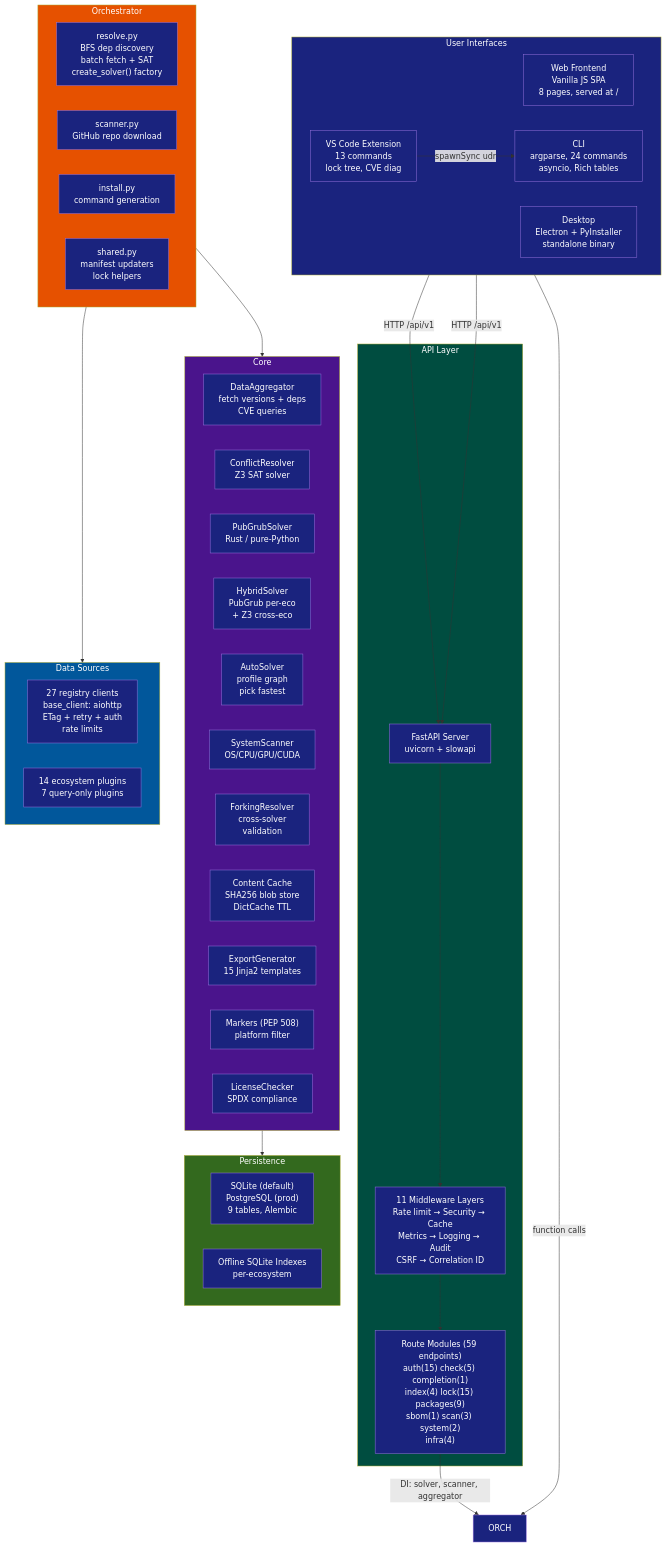
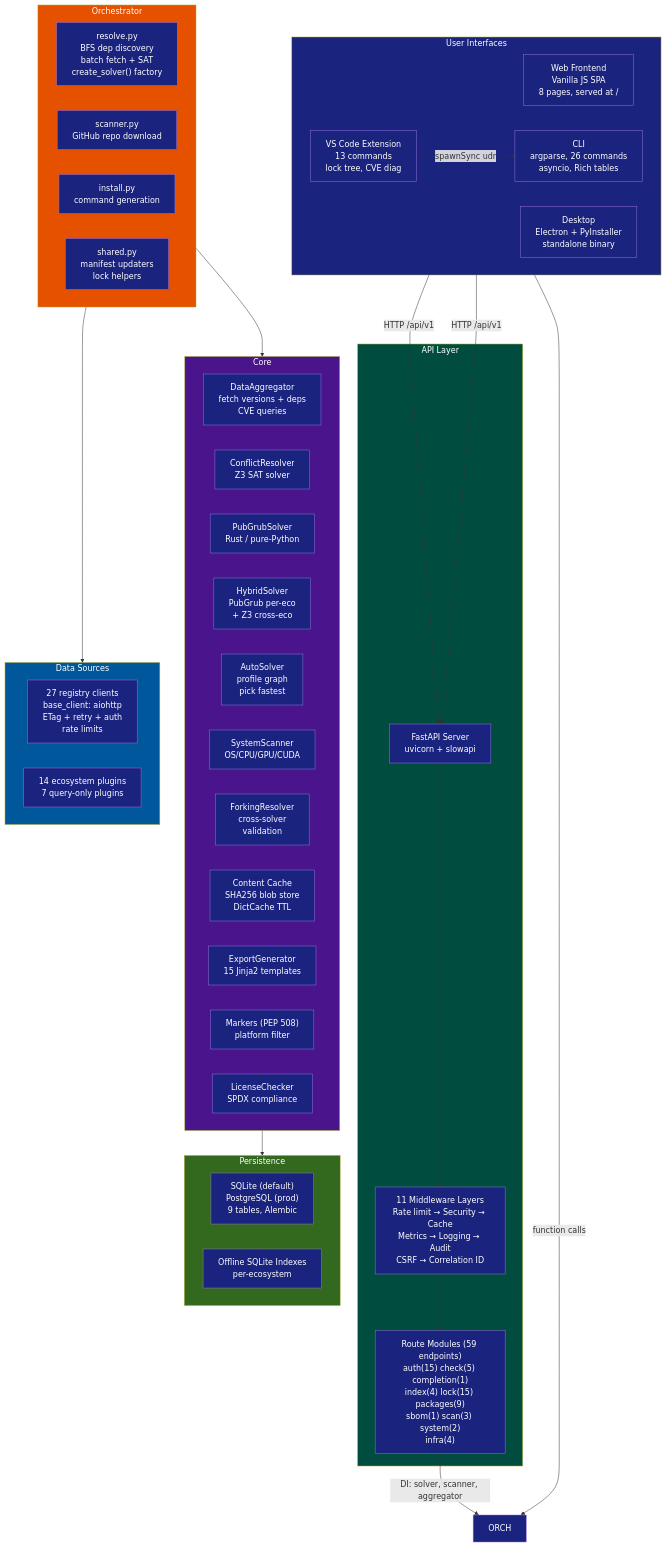
Before and after one commit to code-with-zeeshan/universal-dependency-resolver: the first of 3 diagrams in docs/ARCHITECTURE.md, drawn with Mermaid. The commit also changed 23 other files, not shown here.

````diff
--- a/docs/ARCHITECTURE.md
+++ b/docs/ARCHITECTURE.md
@@ -5,72 +5,72 @@
 ```mermaid
 flowchart TD
     subgraph UI["User Interfaces"]
         direction LR
         FE["Web Frontend<br/>Vanilla JS SPA<br/>8 pages, served at /"]
         VSC["VS Code Extension<br/>13 commands<br/>lock tree, CVE diag"]
-        CLI["CLI<br/>argparse, 24 commands<br/>asyncio, Rich tables"]
+        CLI["CLI<br/>argparse, 26 commands<br/>asyncio, Rich tables"]
         DESKTOP["Desktop<br/>Electron + PyInstaller<br/>standalone binary"]
     end
 
     FE -->|HTTP /api/v1| API
     VSC -->|spawnSync udr| CLI
     DESKTOP -->|HTTP /api/v1| API
 
     CLI -->|function calls| ORCH
 
     subgraph API_LAYER["API Layer"]
         API["FastAPI Server<br/>uvicorn + slowapi"]
         ROUTES["Route Modules (59 endpoints)<br/>auth(15) check(5) completion(1)<br/>index(4) lock(15) packages(9)<br/>sbom(1) scan(3) system(2)<br/>infra(4)"]
         MW["11 Middleware Layers<br/>Rate limit → Security → Cache<br/>Metrics → Logging → Audit<br/>CSRF → Correlation ID"]
     end
 
     API --> MW --> ROUTES
     ROUTES -->|DI: solver, scanner, aggregator| ORCH
 
     subgraph ORCH_LAYER["Orchestrator"]
         RESOLVE["resolve.py<br/>BFS dep discovery<br/>batch fetch + SAT<br/>create_solver() factory"]
         SCANNER["scanner.py<br/>GitHub repo download"]
         INSTALL["install.py<br/>command generation"]
         SHARED["shared.py<br/>manifest updaters<br/>lock helpers"]
     end
 
     ORCH_LAYER --> CORE_LAYER
     ORCH_LAYER --> DS
 
     subgraph CORE_LAYER["Core"]
         direction LR
         AGGR["DataAggregator<br/>fetch versions + deps<br/>CVE queries"]
         Z3["ConflictResolver<br/>Z3 SAT solver"]
         PG["PubGrubSolver<br/>Rust / pure-Python"]
         HS["HybridSolver<br/>PubGrub per-eco<br/>+ Z3 cross-eco"]
         AS["AutoSolver<br/>profile graph<br/>pick fastest"]
         SS["SystemScanner<br/>OS/CPU/GPU/CUDA"]
         FR["ForkingResolver<br/>cross-solver<br/>validation"]
         CACHE["Content Cache<br/>SHA256 blob store<br/>DictCache TTL"]
         EXPORT["ExportGenerator<br/>15 Jinja2 templates"]
         MARKERS["Markers (PEP 508)<br/>platform filter"]
         LICENSE["LicenseChecker<br/>SPDX compliance"]
     end
 
     subgraph DS["Data Sources"]
         CLIENTS["27 registry clients<br/>base_client: aiohttp<br/>ETag + retry + auth<br/>rate limits"]
         PLUGINS["14 ecosystem plugins<br/>7 query-only plugins"]
     end
 
     subgraph PERSISTENCE["Persistence"]
         SQLDB["SQLite (default)<br/>PostgreSQL (prod)<br/>9 tables, Alembic"]
         OFF["Offline SQLite Indexes<br/>per-ecosystem"]
     end
 
     CORE_LAYER --> PERSISTENCE
 
     style UI fill:#1a237e,color:#fff
     style API_LAYER fill:#004d40,color:#fff
     style ORCH_LAYER fill:#e65100,color:#fff
     style CORE_LAYER fill:#4a148c,color:#fff
     style DS fill:#01579b,color:#fff
     style PERSISTENCE fill:#33691e,color:#fff
 
     classDef box fill:#1a237e,color:#fff
     class FE,VSC,CLI,DESKTOP,API,ROUTES,MW,RESOLVE,SCANNER,INSTALL,SHARED,AGGR,Z3,PG,HS,AS,SS,FR,CACHE,EXPORT,MARKERS,LICENSE,CLIENTS,PLUGINS,SQLDB,OFF,ORCH box
 ```
````
